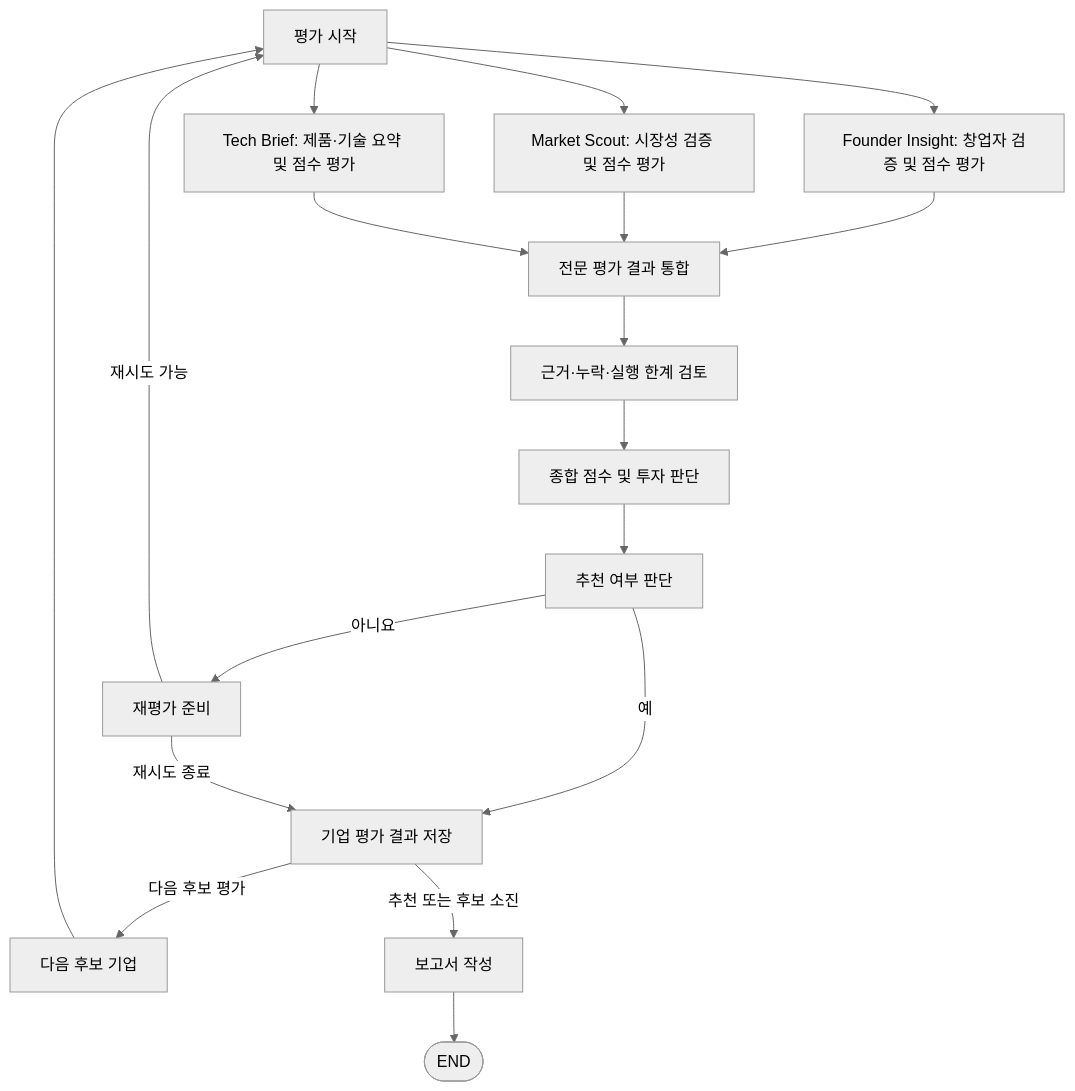
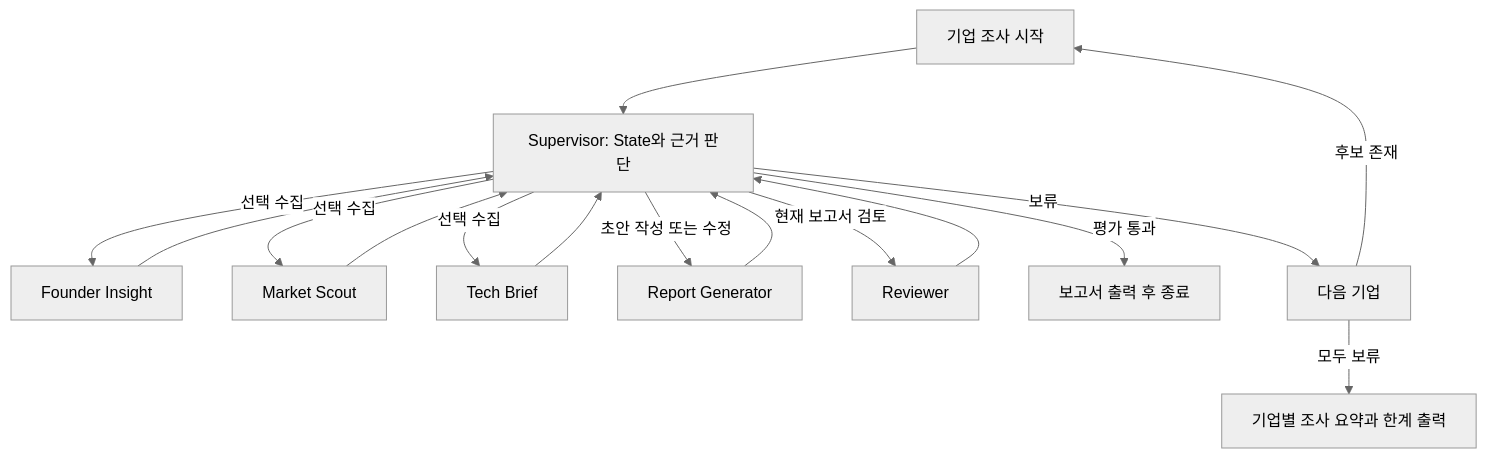
The diagram in README.md (yu4923/skala-rag), drawn with Mermaid (neutral theme) before and after one commit. The commit also changed other lines of this file, not shown here.

````diff
--- a/README.md
+++ b/README.md
@@ -52,32 +126,18 @@
 ```mermaid
 flowchart TD
-    startNode["평가 시작"]
-    founder["Founder Insight: 창업자 검증 및 점수 평가"]
-    market["Market Scout: 시장성 검증 및 점수 평가"]
-    tech["Tech Brief: 제품·기술 요약 및 점수 평가"]
-    integrate["전문 평가 결과 통합"]
-    evidenceReview["근거·누락·실행 한계 검토"]
-    judge["종합 점수 및 투자 판단"]
-    recommendation["추천 여부 판단"]
-    retryNode["재평가 준비"]
-    saveResult["기업 평가 결과 저장"]
-    nextCompany["다음 후보 기업"]
-    reportNode["보고서 작성"]
-    endNode(["END"])
-
-    startNode --> founder
-    startNode --> market
-    startNode --> tech
-    founder --> integrate
-    market --> integrate
-    tech --> integrate
-    integrate --> evidenceReview --> judge --> recommendation
-    recommendation -->|예| saveResult
-    recommendation -->|아니요| retryNode
-    retryNode -->|재시도 가능| startNode
-    retryNode -->|재시도 종료| saveResult
-    saveResult -->|다음 후보 평가| nextCompany
-    nextCompany --> startNode
-    saveResult -->|추천 또는 후보 소진| reportNode
-    reportNode --> endNode
+    start["기업 조사 시작"] --> supervisor["Supervisor: State와 근거 판단"]
+    supervisor -->|선택 수집| founder["Founder Insight"]
+    supervisor -->|선택 수집| market["Market Scout"]
+    supervisor -->|선택 수집| tech["Tech Brief"]
+    founder --> supervisor
+    market --> supervisor
+    tech --> supervisor
+    supervisor -->|초안 작성 또는 수정| report["Report Generator"]
+    report --> supervisor
+    supervisor -->|현재 보고서 검토| reviewer["Reviewer"]
+    reviewer --> supervisor
+    supervisor -->|평가 통과| finish["보고서 출력 후 종료"]
+    supervisor -->|보류| next["다음 기업"]
+    next -->|후보 존재| start
+    next -->|모두 보류| deferred["기업별 조사 요약과 한계 출력"]
 ```
````
